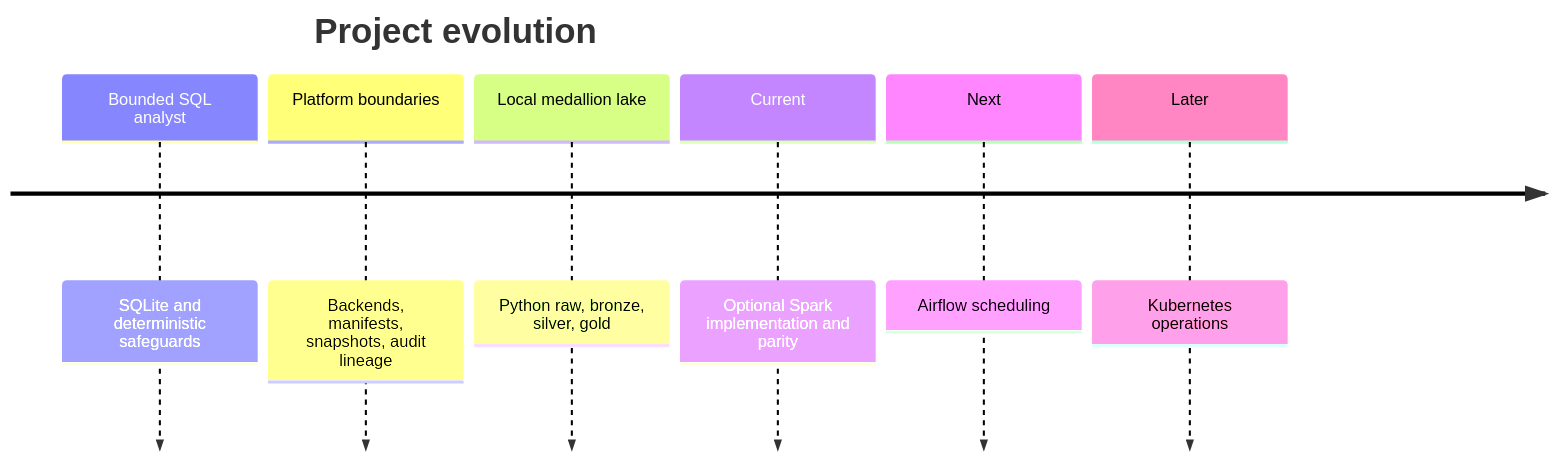
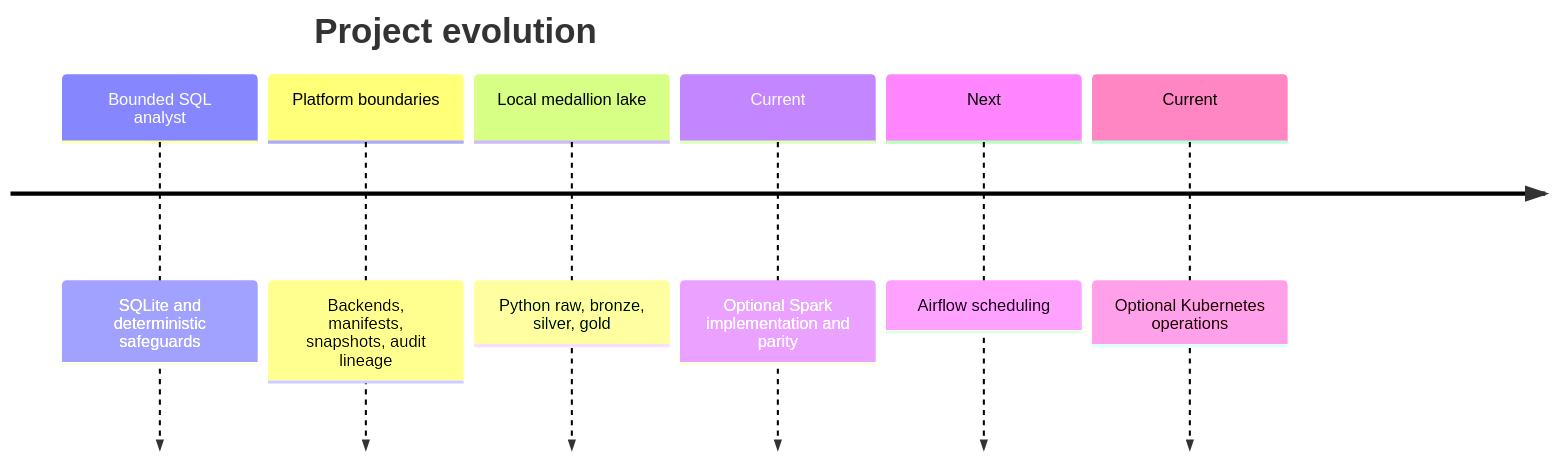
Diagram 30 of 54 in README.md (vdeeplearning/agentic_healthcare_data_platform), drawn with Mermaid before and after one commit. The commit also changed other lines of this file and 6 other files, not shown here.

Commit message:
Document Kubernetes operations and boundaries

````diff
--- a/README.md
+++ b/README.md
@@ -1532,10 +1532,10 @@
 ```mermaid
 timeline
  title Project evolution
  Bounded SQL analyst : SQLite and deterministic safeguards
  Platform boundaries : Backends, manifests, snapshots, audit lineage
  Local medallion lake : Python raw, bronze, silver, gold
  Current : Optional Spark implementation and parity
  Next : Airflow scheduling
- Later : Kubernetes operations
+ Current : Optional Kubernetes operations
 ```
````
